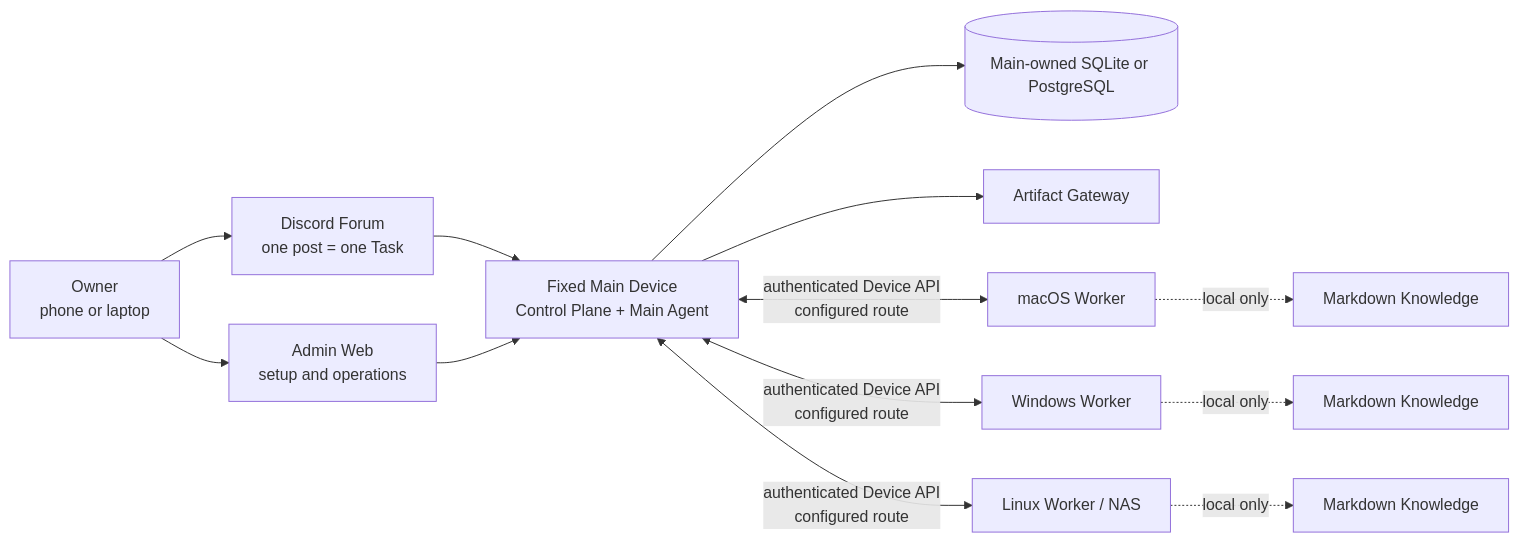
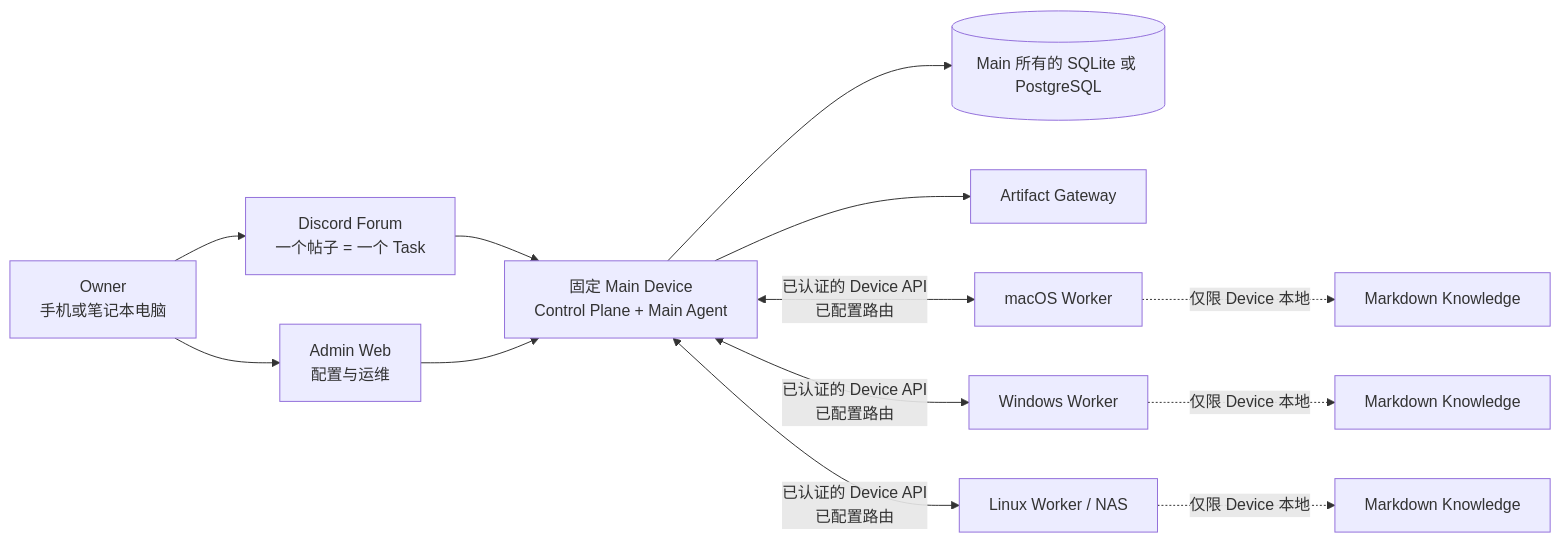
Before and after one commit to jugol/OpenDelegate: the diagram in README.zh-CN.md, drawn with Mermaid. The commit also changed other lines of this file and 653 other files, not shown here.

````diff
--- a/README.zh-CN.md
+++ b/README.zh-CN.md
@@ -31,15 +31,15 @@
 ```mermaid
 flowchart LR
-    owner["Owner<br/>phone or laptop"] --> discord["Discord Forum<br/>one post = one Task"]
-    owner --> admin["Admin Web<br/>setup and operations"]
-    discord --> main["Fixed Main Device<br/>Control Plane + Main Agent"]
+    owner["Owner<br/>手机或笔记本电脑"] --> discord["Discord Forum<br/>一个帖子 = 一个 Task"]
+    owner --> admin["Admin Web<br/>配置与运维"]
+    discord --> main["固定 Main Device<br/>Control Plane + Main Agent"]
     admin --> main
-    main --> database[("Main-owned SQLite or PostgreSQL")]
+    main --> database[("Main 所有的 SQLite 或 PostgreSQL")]
     main --> artifacts["Artifact Gateway"]
-    main <-->|"authenticated Device API<br/>configured route"| mac["macOS Worker"]
-    main <-->|"authenticated Device API<br/>configured route"| windows["Windows Worker"]
-    main <-->|"authenticated Device API<br/>configured route"| linux["Linux Worker / NAS"]
-    mac -. "local only" .-> macKnowledge["Markdown Knowledge"]
-    windows -. "local only" .-> windowsKnowledge["Markdown Knowledge"]
-    linux -. "local only" .-> linuxKnowledge["Markdown Knowledge"]
+    main <-->|"已认证的 Device API<br/>已配置路由"| mac["macOS Worker"]
+    main <-->|"已认证的 Device API<br/>已配置路由"| windows["Windows Worker"]
+    main <-->|"已认证的 Device API<br/>已配置路由"| linux["Linux Worker / NAS"]
+    mac -. "仅限 Device 本地" .-> macKnowledge["Markdown Knowledge"]
+    windows -. "仅限 Device 本地" .-> windowsKnowledge["Markdown Knowledge"]
+    linux -. "仅限 Device 本地" .-> linuxKnowledge["Markdown Knowledge"]
 ```
````
